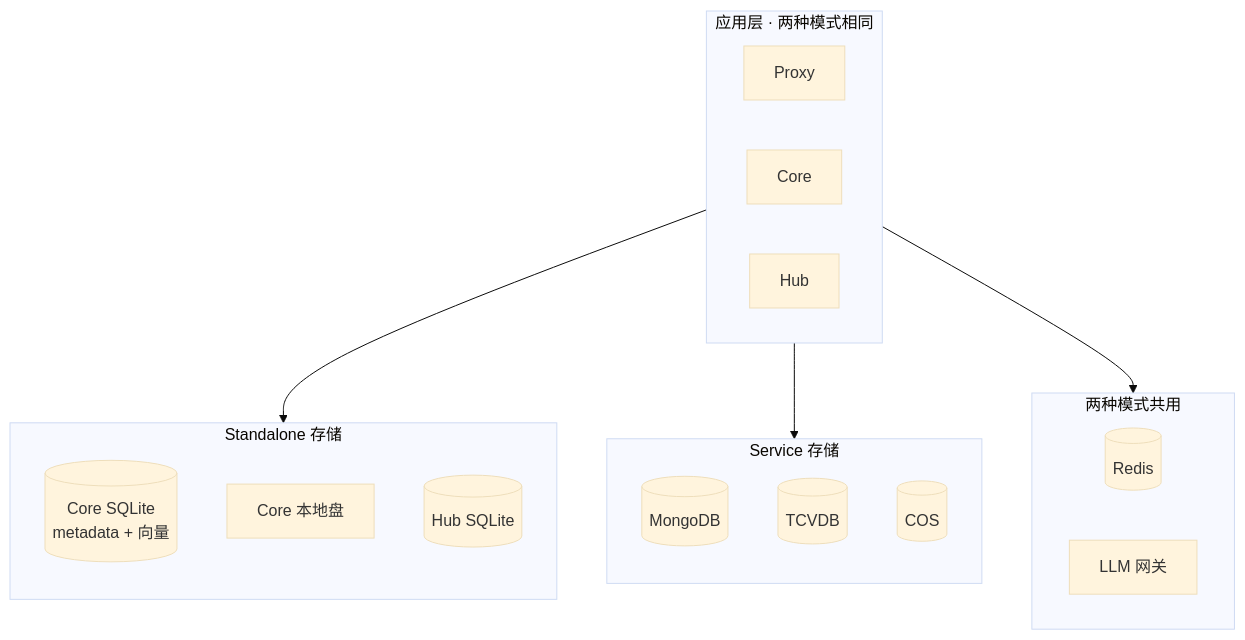
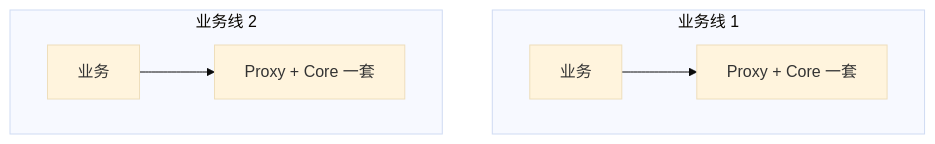
The first of 7 diagrams in deploy/selfhosted-ha/PROPOSAL.md (li6540123/TencentDB-Agent-Memory), drawn with Mermaid (base theme) before and after one commit. The commit also changed other lines of this file, not shown here.

````diff
--- a/deploy/selfhosted-ha/PROPOSAL.md
+++ b/deploy/selfhosted-ha/PROPOSAL.md
@@ -48,33 +11,11 @@
 ```mermaid
 flowchart TB
-  subgraph APP [应用层 · 两种模式相同]
+  subgraph row1 [业务线 1]
     direction LR
-    PX[Proxy]
-    CX[Core]
-    HX[Hub]
+    L1[业务] --> S1[Proxy + Core 一套]
   end
-
-  subgraph SA [Standalone 存储]
-    direction TB
-    S1[(Core SQLite<br/>metadata + 向量)]
-    S2[Core 本地盘]
-    S3[(Hub SQLite)]
+  subgraph row2 [业务线 2]
+    direction LR
+    L2[业务] --> S2[Proxy + Core 一套]
   end
-
-  subgraph SV [Service 存储]
-    direction TB
-    V1[(MongoDB)]
-    V2[(TCVDB)]
-    V3[(COS)]
-  end
-
-  subgraph SH [两种模式共用]
-    direction LR
-    R[(Redis)]
-    L[LLM 网关]
-  end
-
-  APP --> SA
-  APP --> SV
-  APP --> SH
 ```
````
